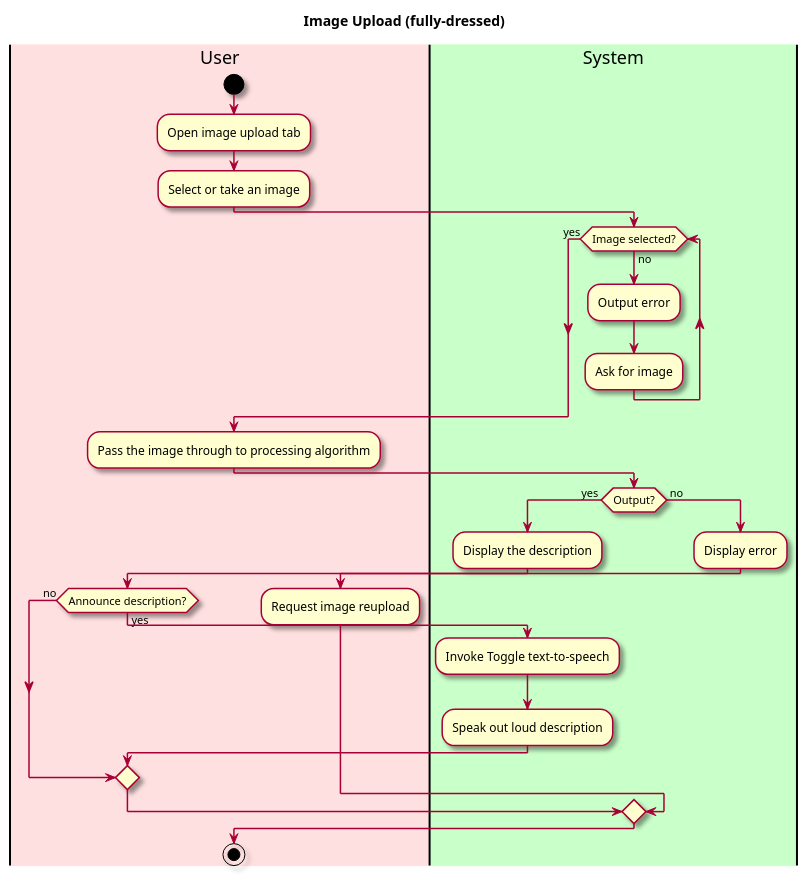
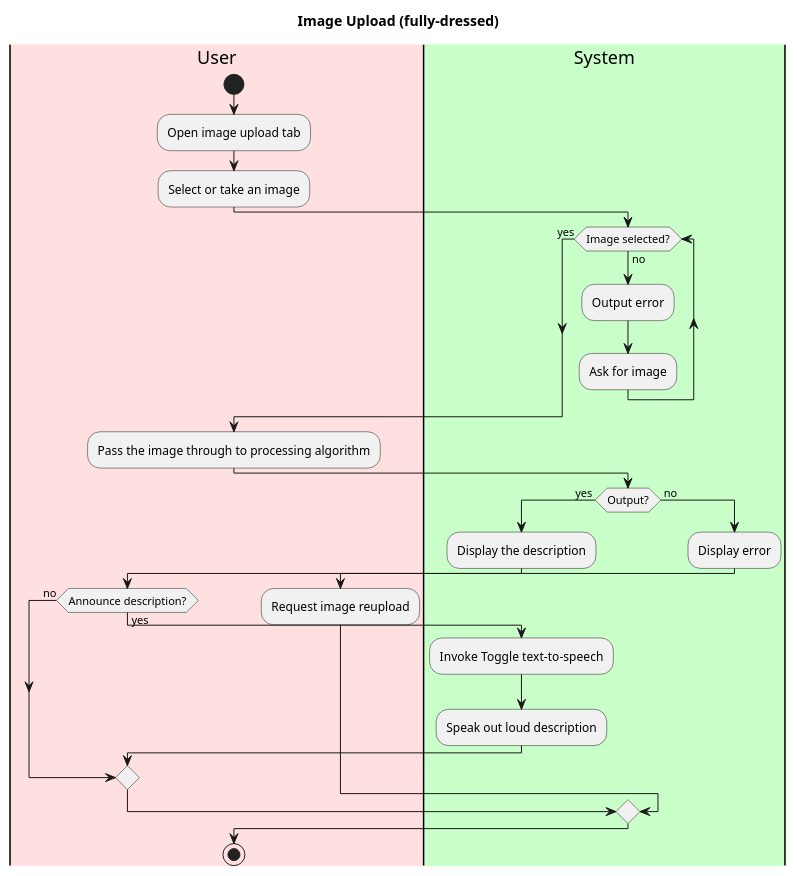
The first of 2 diagrams in intellij/doc/use-cases/process-image.md (tonyh1306/OBRE-Vision-through-a-screen), drawn with PlantUML before and after one commit. The commit also changed other lines of this file and 6 other files, not shown here.

Commit message:
changed a lot of the documentation trying to include previous feedback and added sequence diagrams. ;0

````diff
--- a/intellij/doc/use-cases/process-image.md
+++ b/intellij/doc/use-cases/process-image.md
@@ -30,45 +30,43 @@
 ```plantuml
 @startuml
-
-skin rose
 
 title Image Upload (fully-dressed)
 
 'define the lanes
 |#implementation|User|
 |#technology|System|
 
 |User|
 start
 :Open image upload tab;
 :Select or take an image;
 
 |System|
 while (Image selected?) is (no) 
   :Output error;
   :Ask for image;  
 endwhile(yes)
 
 |User|
 :Pass the image through to processing algorithm;
 
 |System|
 if (Output?) is ( yes ) then
     :Display the description;
     
     |User|
     if (Announce description?) is (yes) then
     |System|
     :Invoke Toggle text-to-speech;
     :Speak out loud description;
     else (no)
     endif
 else ( no )
 |System|
 :Display error;
 |User|
 :Request image reupload;
 endif
 stop
 @enduml
 ```
````
